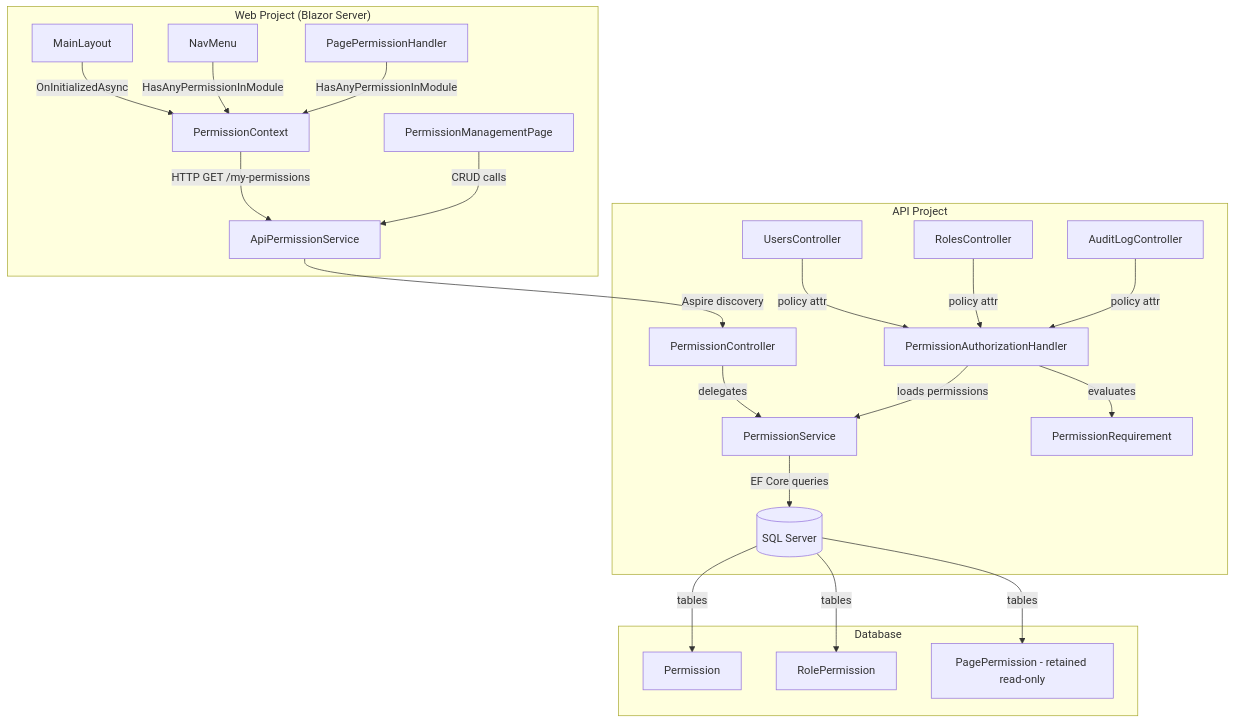
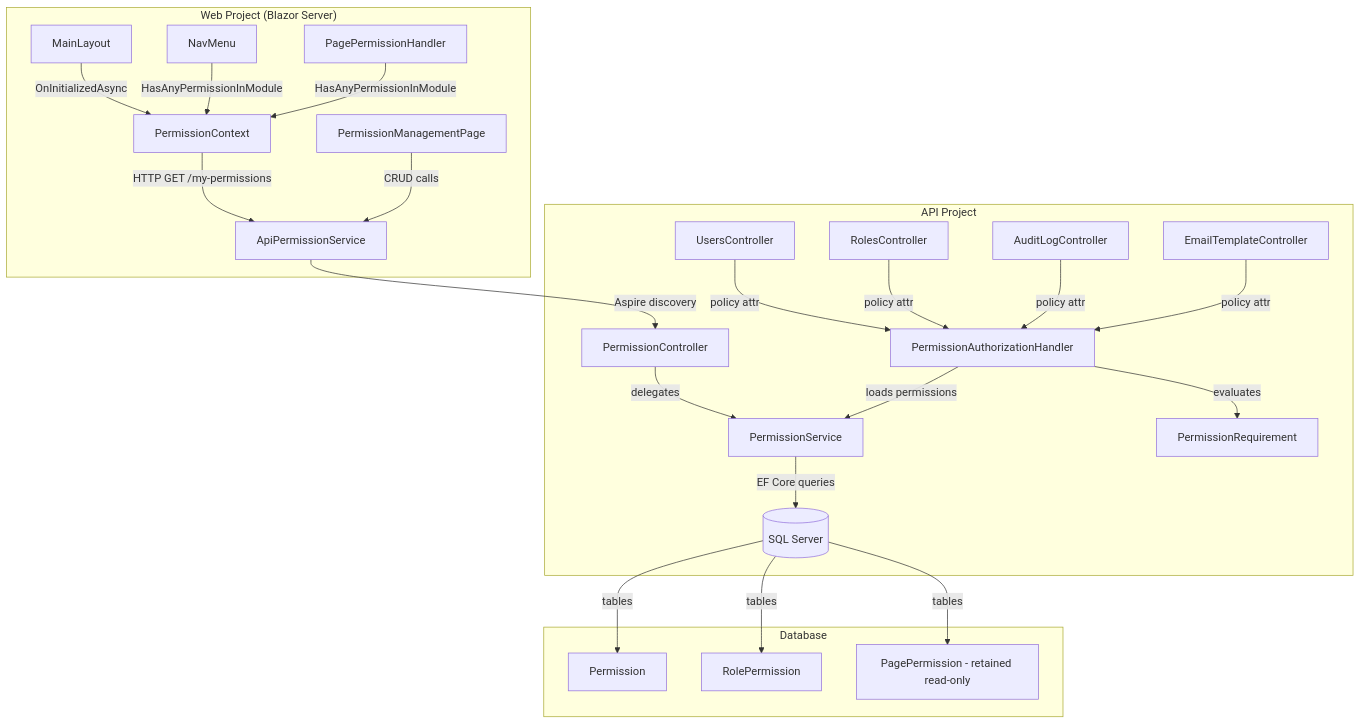
The diagram in .kiro/specs/resource-based-authorization/design.md (KGYeow/AspireWebAppTemplate), drawn with Mermaid before and after one commit. The commit also changed other lines of this file and 88 other files, not shown here.

````diff
--- a/.kiro/specs/resource-based-authorization/design.md
+++ b/.kiro/specs/resource-based-authorization/design.md
@@ -21,27 +21,28 @@
 ```mermaid
 graph TD
     subgraph "Web Project (Blazor Server)"
         ML[MainLayout] -->|OnInitializedAsync| PC[PermissionContext]
         PC -->|HTTP GET /my-permissions| APS[ApiPermissionService]
         NM[NavMenu] -->|HasAnyPermissionInModule| PC
         PPH[PagePermissionHandler] -->|HasAnyPermissionInModule| PC
         PMP[PermissionManagementPage] -->|CRUD calls| APS
     end
 
     subgraph "API Project"
         APS -->|Aspire discovery| CTRL[PermissionController]
         CTRL -->|delegates| PS[PermissionService]
         PS -->|EF Core queries| DB[(SQL Server)]
         PAH[PermissionAuthorizationHandler] -->|loads permissions| PS
         PAH -->|evaluates| PR[PermissionRequirement]
         UC[UsersController] -->|policy attr| PAH
         RC[RolesController] -->|policy attr| PAH
         ALC[AuditLogController] -->|policy attr| PAH
+        ETC[EmailTemplateController] -->|policy attr| PAH
     end
 
     subgraph "Database"
         DB -->|tables| PE[Permission]
         DB -->|tables| RPE[RolePermission]
         DB -->|tables| PP[PagePermission - retained read-only]
     end
 ```
````
